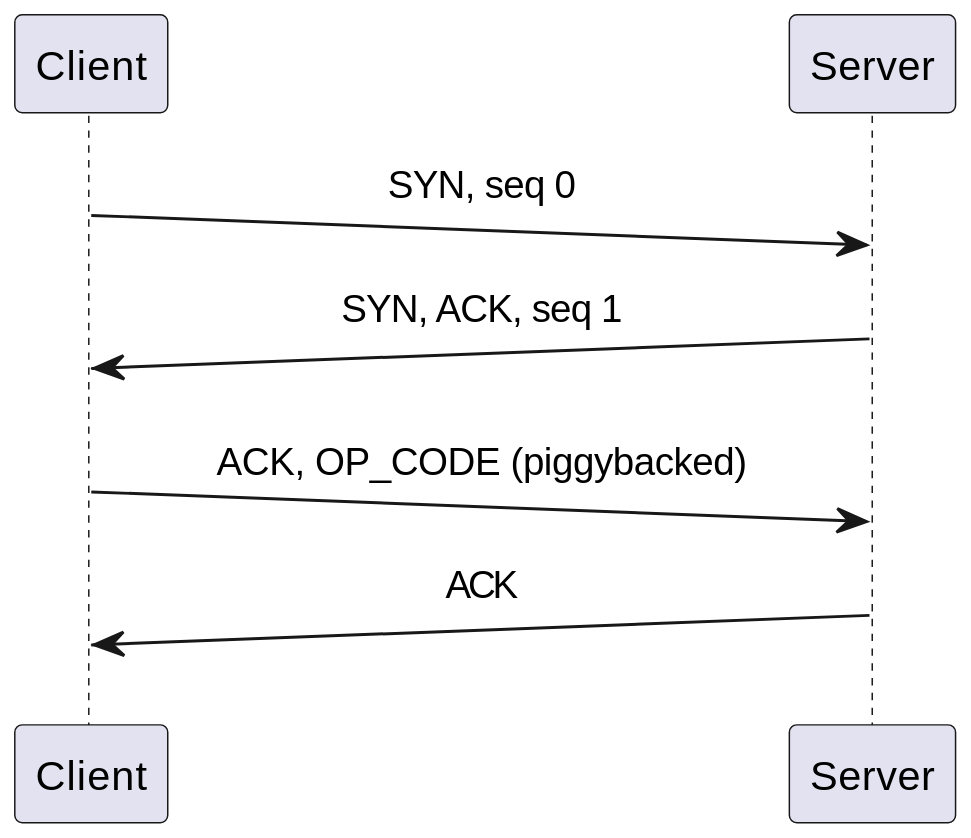
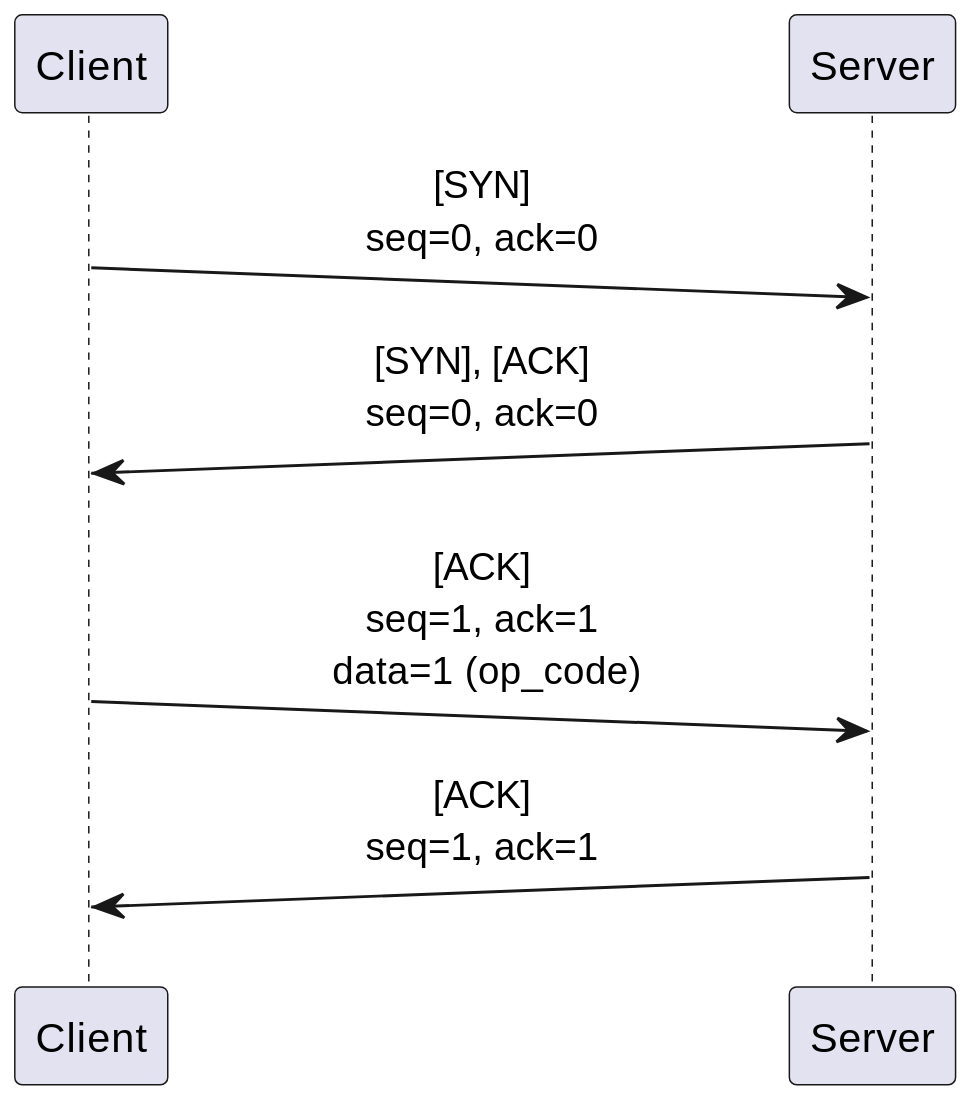
Before and after one commit to TheUDPs/TP1-Redes: the first of 4 diagrams in informe.org, drawn with PlantUML. The commit also changed other lines of this file and 2 other files, not shown here.

```diff
--- a/informe.org
+++ b/informe.org
@@ -116,14 +112,16 @@
 #+BEGIN_SRC plantuml :file docs/imgs/connection-handshake.png :exports results
 @startuml
 skinparam sequenceMessageAlign center
 skinparam ParticipantPadding 100
 scale 2.0
 participant Client
 participant Server
 
-Client ->(10) Server : SYN, seq 0
-Server ->(10) Client : SYN, ACK, seq 1
-Client ->(10) Server : ACK, OP_CODE (piggybacked)
-Server ->(10) Client : ACK
+Client ->(10) Server : [SYN]\nseq=0, ack=0
+Server ->(10) Client : [SYN], [ACK]\nseq=0, ack=0
+
+Client ->(10) Server : [ACK]\nseq=1, ack=1\n data=1 (op_code)
+Server ->(10) Client : [ACK]\nseq=1, ack=1
+
 @enduml
 #+END_SRC
```
